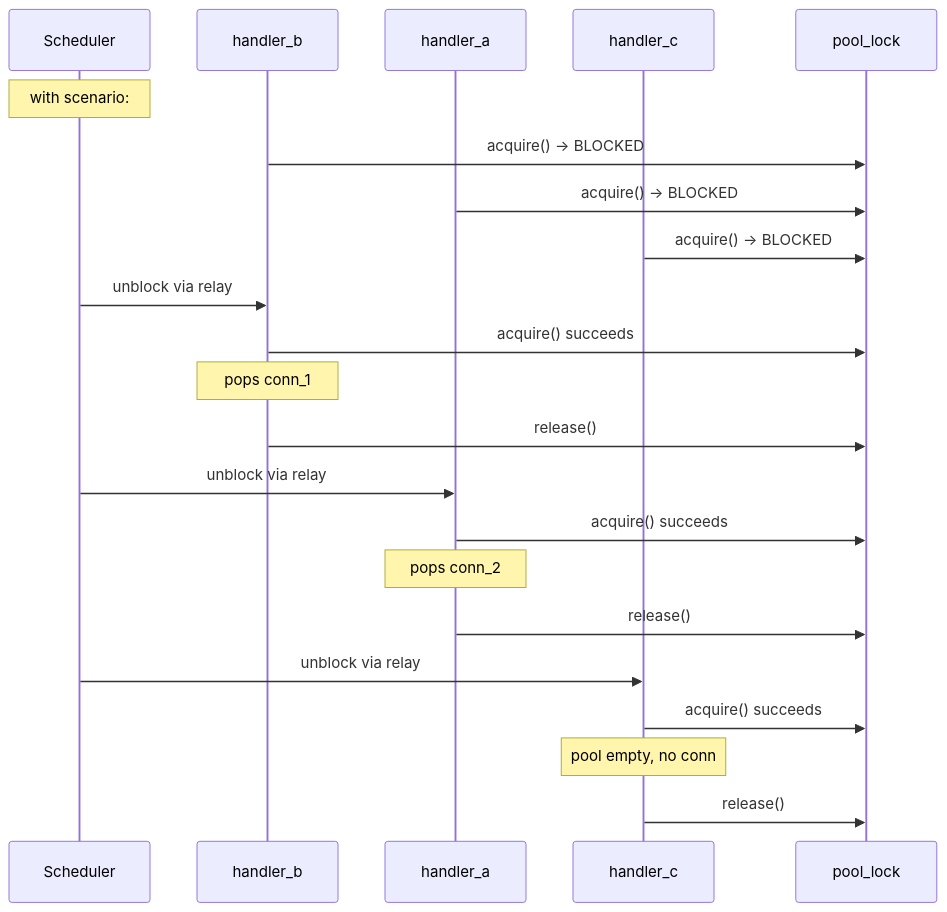
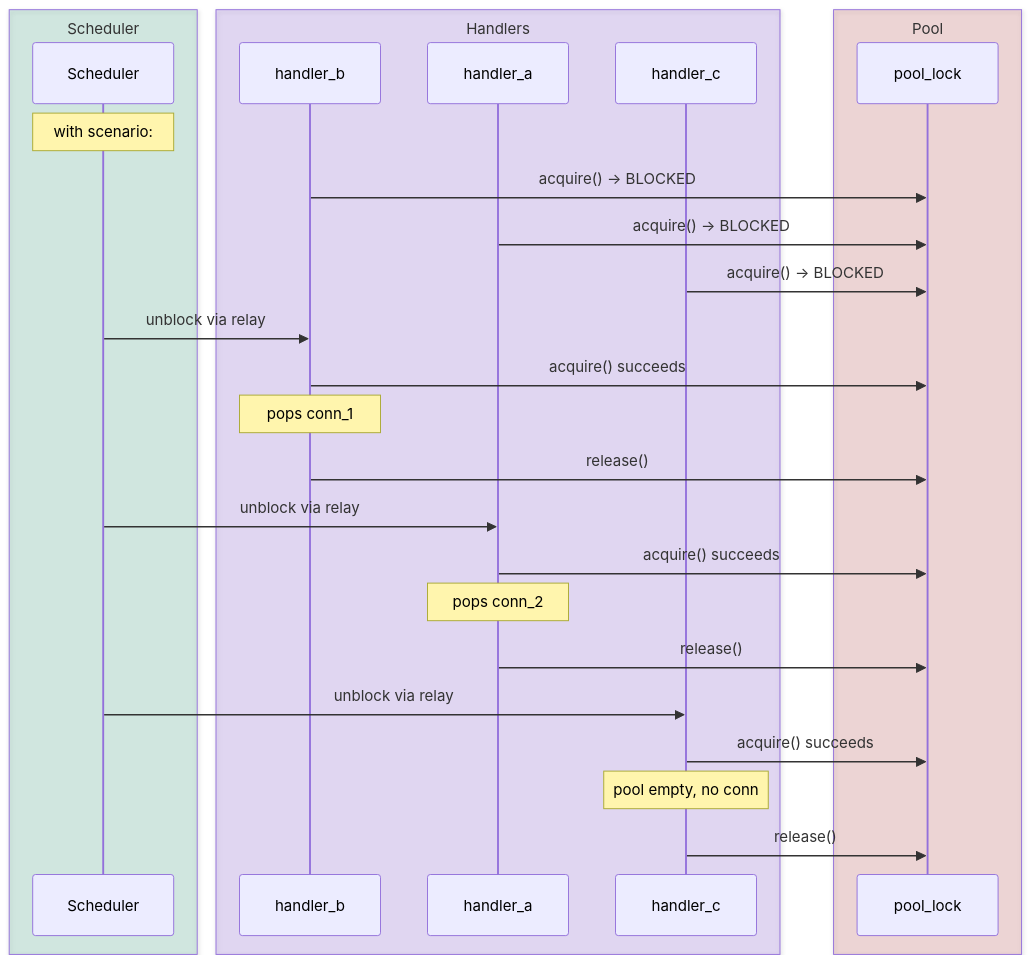
Diagram 11 of 16 in content/posts/blanket-deterministic-threading/index.md (gaborbernat/bernat-tech), drawn with Mermaid before and after one commit. The commit also changed other lines of this file, not shown here.

Commit message:
Add colored sequence diagrams to tutorial examples

````diff
--- a/content/posts/blanket-deterministic-threading/index.md
+++ b/content/posts/blanket-deterministic-threading/index.md
@@ -565,28 +565,34 @@
 ```mermaid
 sequenceDiagram
-    participant S as Scheduler
-    participant HB as handler_b
-    participant HA as handler_a
-    participant HC as handler_c
-    participant P as pool_lock
+    box rgba(5,150,105,0.15) Scheduler
+        participant S as Scheduler
+    end
+    box rgba(109,40,217,0.15) Handlers
+        participant HB as handler_b
+        participant HA as handler_a
+        participant HC as handler_c
+    end
+    box rgba(185,28,28,0.15) Pool
+        participant P as pool_lock
+    end
 
     Note over S: with scenario:
     HB->>P: acquire() → BLOCKED
     HA->>P: acquire() → BLOCKED
     HC->>P: acquire() → BLOCKED
 
     S->>HB: unblock via relay
     HB->>P: acquire() succeeds
     Note over HB: pops conn_1
     HB->>P: release()
 
     S->>HA: unblock via relay
     HA->>P: acquire() succeeds
     Note over HA: pops conn_2
     HA->>P: release()
 
     S->>HC: unblock via relay
     HC->>P: acquire() succeeds
     Note over HC: pool empty, no conn
     HC->>P: release()
 ```
````
